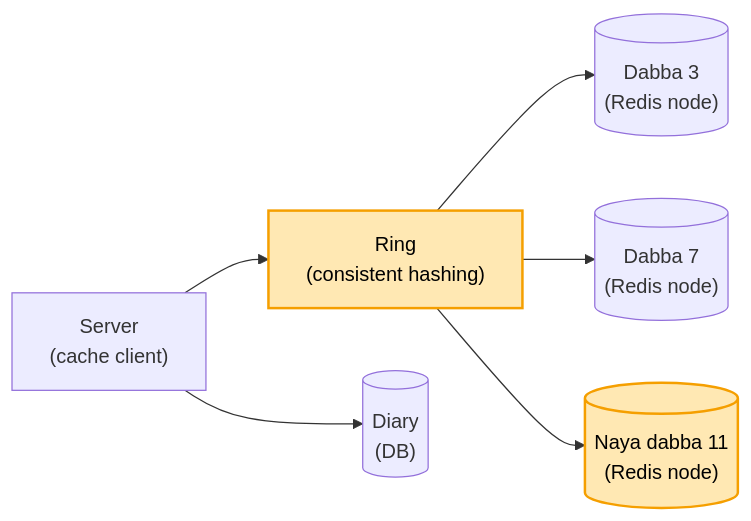
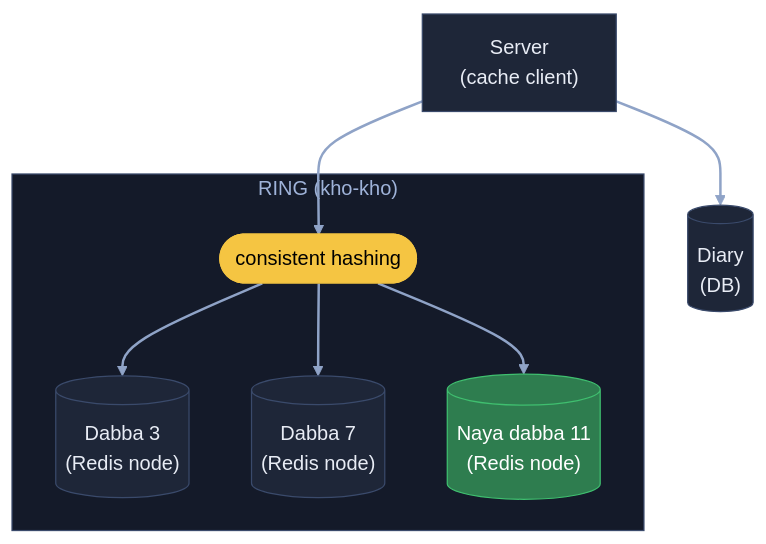
Before and after one commit to ArpanMaheshwari144/Prep: the fourth of 7 diagrams in 04_HLD/SYSTEM_DESIGNS/10_distributed_cache/10_distributed_cache.md, drawn with Mermaid. The commit also changed other lines of this file, not shown here.

Commit message:
Cache: 7 diagram YouTube (reel) wale card andaaz me

````diff
--- a/04_HLD/SYSTEM_DESIGNS/10_distributed_cache/10_distributed_cache.md
+++ b/04_HLD/SYSTEM_DESIGNS/10_distributed_cache/10_distributed_cache.md
@@ -94,10 +124,22 @@
 ```mermaid
-flowchart LR
-    A["Server<br/>(cache client)"] --> R["Ring<br/>(consistent hashing)"]
-    R --> M3[("Dabba 3<br/>(Redis node)")]
-    R --> M7[("Dabba 7<br/>(Redis node)")]
-    R --> M11[("Naya dabba 11<br/>(Redis node)")]
-    A --> D[("Diary<br/>(DB)")]
-    style R fill:#ffe8b3,stroke:#f59f00,stroke-width:2px,color:#000
-    style M11 fill:#ffe8b3,stroke:#f59f00,stroke-width:2px,color:#000
+flowchart TB
+    A["Server<br/>(cache client)"]:::card
+    subgraph RG["RING (kho-kho)"]
+        R(["consistent hashing"]):::pill
+        M3[("Dabba 3<br/>(Redis node)")]:::card
+        M7[("Dabba 7<br/>(Redis node)")]:::card
+        M11[("Naya dabba 11<br/>(Redis node)")]:::good
+    end
+    D[("Diary<br/>(DB)")]:::card
+    A --> R
+    R --> M3
+    R --> M7
+    R --> M11
+    A --> D
+    linkStyle default stroke:#8fa3c7,stroke-width:2px
+    classDef card fill:#1e2638,stroke:#3a4a6b,color:#e8ecf5
+    classDef pill fill:#f5c542,stroke:#f5c542,color:#000
+    classDef good fill:#2e7d4f,stroke:#3fbf6f,color:#fff
+    classDef bad fill:#5c1f24,stroke:#e05561,color:#fff
+    style RG fill:#141a29,stroke:#3a4a6b,color:#9fb3d9
 ```
````
